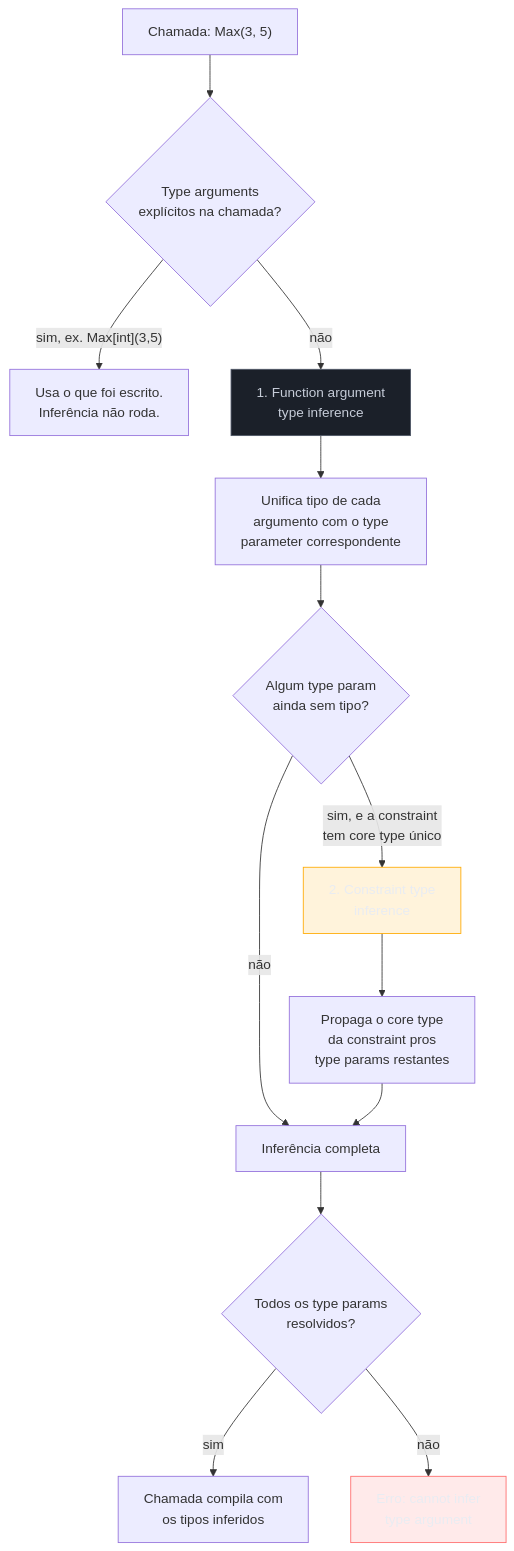
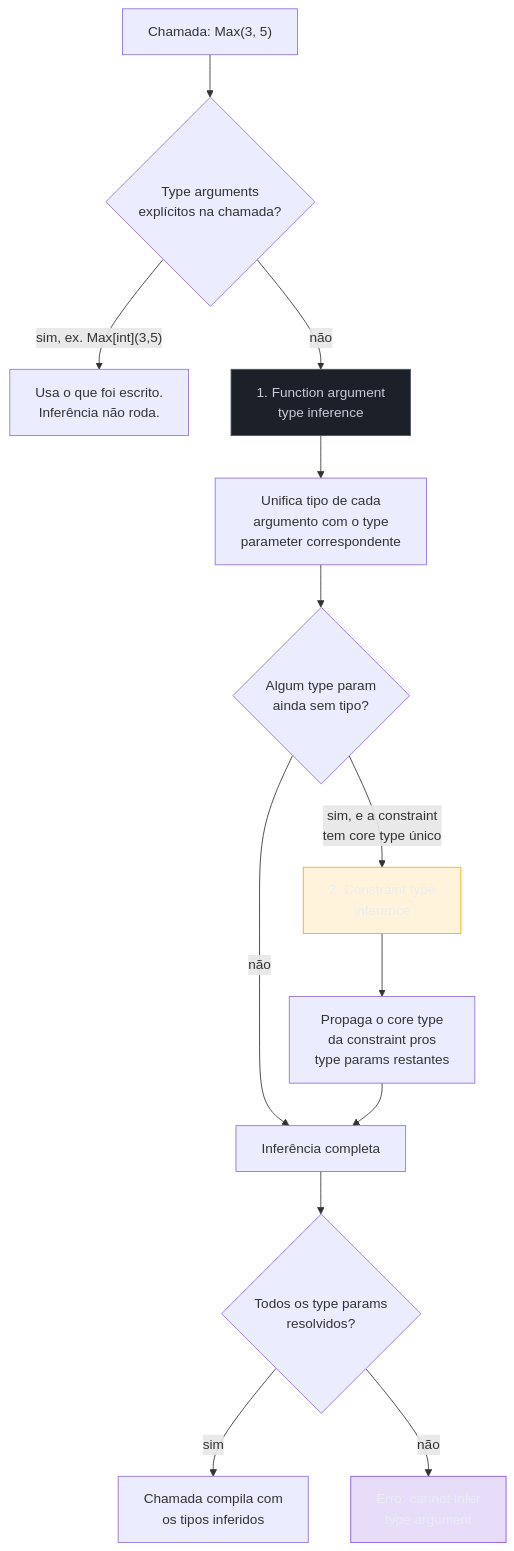
The diagram in 03-Dominios/Tecnologia/Go/06 - Generics/05 - Type inference.md (josenaldo/codex-technomanticus), drawn with Mermaid before and after one commit. The commit also changed 601 other files, not shown here.

````diff
--- a/03-Dominios/Tecnologia/Go/06 - Generics/05 - Type inference.md
+++ b/03-Dominios/Tecnologia/Go/06 - Generics/05 - Type inference.md
@@ -66,22 +66,22 @@
 ```mermaid
 flowchart TB
+    classDef marca fill:#8855DF33,stroke:#8855DF,color:#E9ECF2
     classDef neutro fill:#1B2029,stroke:#4E5666,color:#C6CCD8
     classDef destaque fill:#FFAA0024,stroke:#FFAA00,color:#E9ECF2
-    classDef falha fill:#FF6B6B24,stroke:#FF6B6B,color:#E9ECF2
     A["Chamada: Max(3, 5)"] --> B{"Type arguments\nexplícitos na chamada?"}
     B -->|"sim, ex. Max[int](3,5)"| Z["Usa o que foi escrito.\nInferência não roda."]
     B -->|"não"| C["1. Function argument\ntype inference"]
     C --> D["Unifica tipo de cada\nargumento com o type\nparameter correspondente"]
     D --> E{"Algum type param\nainda sem tipo?"}
     E -->|"sim, e a constraint\ntem core type único"| F["2. Constraint type\ninference"]
     F --> G["Propaga o core type\nda constraint pros\ntype params restantes"]
     E -->|"não"| H["Inferência completa"]
     G --> H
     H --> I{"Todos os type params\nresolvidos?"}
     I -->|"sim"| J["Chamada compila com\nos tipos inferidos"]
     I -->|"não"| K["Erro: cannot infer\ntype argument"]
 
     class C neutro
     class F destaque
-    class K falha
+    class K marca
 ```
````
